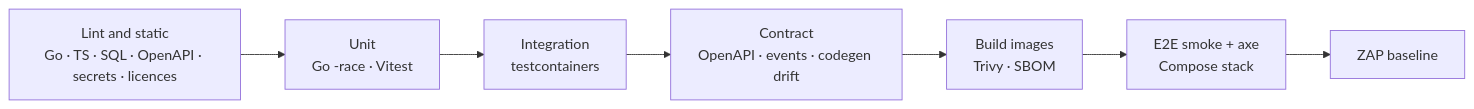
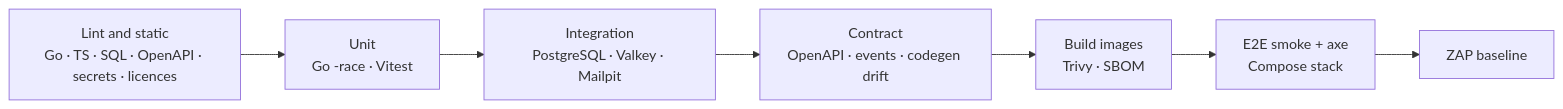
One commit to rizwansammo/MateCollab changed the diagram in docs/development/TESTING.md. Above: the diagram before and after it, drawn with Mermaid. The commit also changed other lines of this file, not shown here.

````diff
--- a/docs/development/TESTING.md
+++ b/docs/development/TESTING.md
@@ -142,9 +181,9 @@
 ```mermaid
 flowchart LR
   lint["Lint and static<br/>Go · TS · SQL · OpenAPI · secrets · licences"] --> unit["Unit<br/>Go -race · Vitest"]
-  unit --> integ["Integration<br/>testcontainers"]
+  unit --> integ["Integration<br/>PostgreSQL · Valkey · Mailpit"]
   integ --> contract["Contract<br/>OpenAPI · events · codegen drift"]
   contract --> build["Build images<br/>Trivy · SBOM"]
   build --> e2e["E2E smoke + axe<br/>Compose stack"]
   e2e --> dast["ZAP baseline"]
 ```
````
